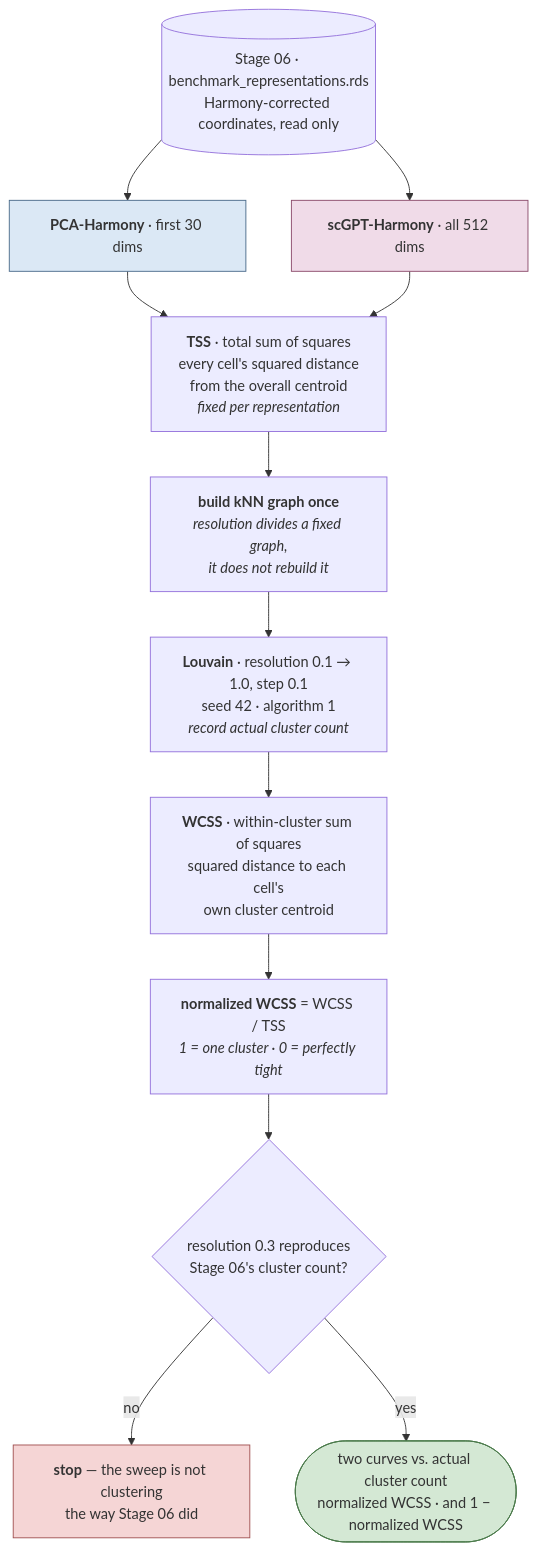
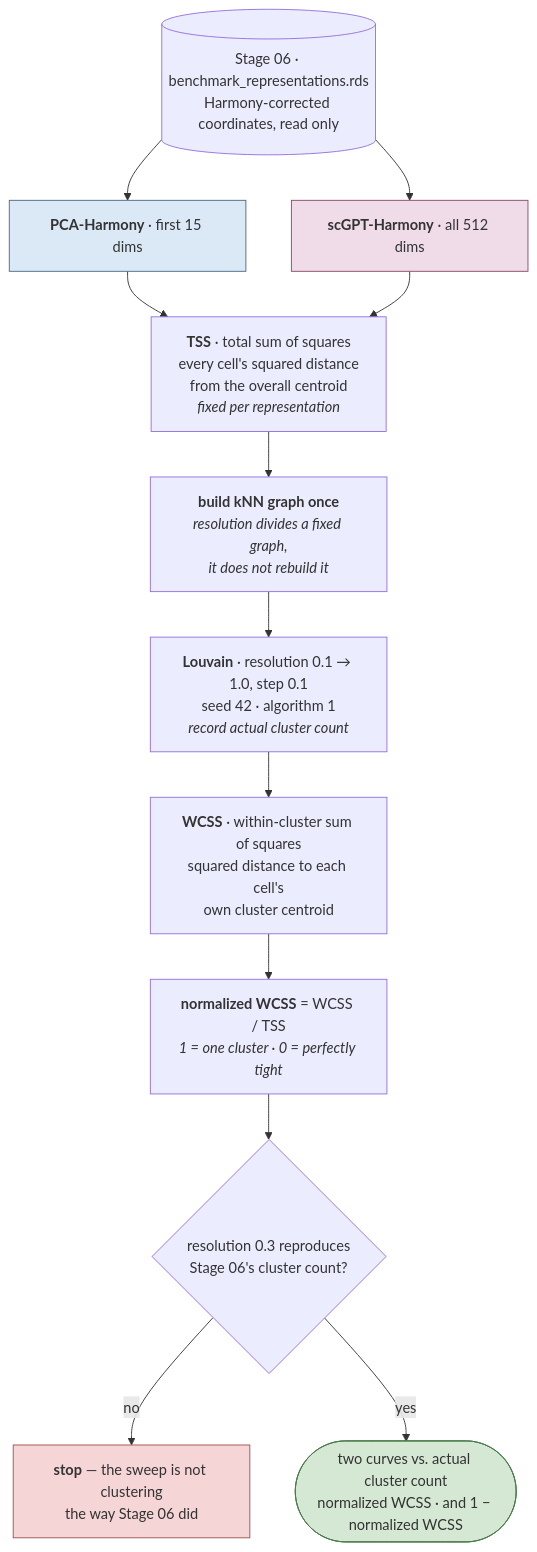
One commit to sivatej800-oss/T-cell-representations changed the seventh of 11 diagrams in 01_PROJECT_OVERVIEW/ANALYSIS_WALKTHROUGH.md. Above: the diagram before and after it, drawn with Mermaid. The commit also changed other lines of this file and 95 other files, not shown here.

````diff
--- a/01_PROJECT_OVERVIEW/ANALYSIS_WALKTHROUGH.md
+++ b/01_PROJECT_OVERVIEW/ANALYSIS_WALKTHROUGH.md
@@ -466,34 +488,34 @@
 ```mermaid
 flowchart TD
     A[("Stage 06 · benchmark_representations.rds<br/>Harmony-corrected coordinates, read only")]
 
-    B["<b>PCA-Harmony</b> · first 30 dims"]
+    B["<b>PCA-Harmony</b> · first 15 dims"]
     C["<b>scGPT-Harmony</b> · all 512 dims"]
 
     D["<b>TSS</b> · total sum of squares<br/>every cell's squared distance<br/>from the overall centroid<br/><i>fixed per representation</i>"]
 
     E["<b>build kNN graph once</b><br/><i>resolution divides a fixed graph,<br/>it does not rebuild it</i>"]
 
     F["<b>Louvain</b> · resolution 0.1 → 1.0, step 0.1<br/>seed 42 · algorithm 1<br/><i>record actual cluster count</i>"]
 
     G["<b>WCSS</b> · within-cluster sum of squares<br/>squared distance to each cell's<br/>own cluster centroid"]
 
     H["<b>normalized WCSS</b> = WCSS / TSS<br/><i>1 = one cluster · 0 = perfectly tight</i>"]
 
     I{"resolution 0.3 reproduces<br/>Stage 06's cluster count?"}
     J["<b>stop</b> — the sweep is not clustering<br/>the way Stage 06 did"]
 
     K(["two curves vs. actual cluster count<br/>normalized WCSS · and 1 − normalized WCSS"])
 
     A --> B & C
     B --> D
     C --> D
     D --> E --> F --> G --> H --> I
     I -->|no| J
     I -->|yes| K
 
     style B fill:#dbe8f5,stroke:#4a6a8a
     style C fill:#f0dbe8,stroke:#8a4a6a
     style J fill:#f5d5d5,stroke:#a05050
     style K fill:#d4e8d4,stroke:#4a7a4a
 ```
````
